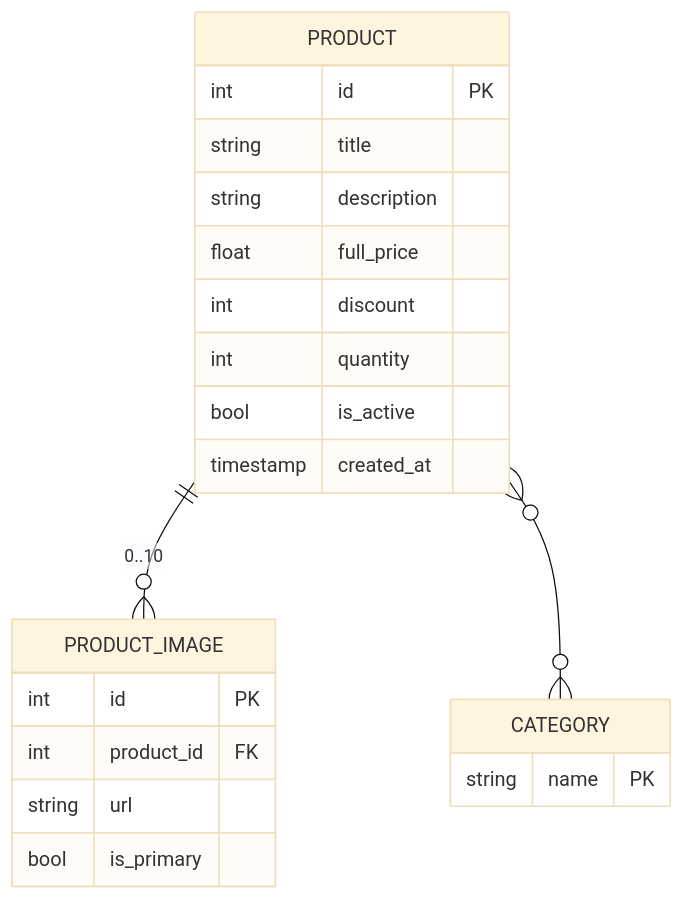
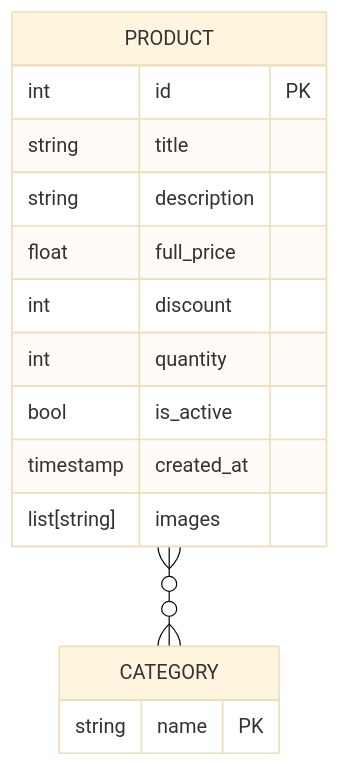
Before and after one commit to ivan-22-3-5/e-commerce: the diagram in er.md, drawn with Mermaid (base theme).

Commit message:
docs: update er to represent current product model

````diff
--- a/er.md
+++ b/er.md
@@ -1,27 +1,20 @@
 ```mermaid
 erDiagram
     PRODUCT {
         int id PK
         string title
         string description
         float full_price
         int discount
         int quantity
         bool is_active
         timestamp created_at
-    }
-
-    PRODUCT_IMAGE {
-        int id PK
-        int product_id FK
-        string url
-        bool is_primary
+        list[string] images
     }
     
     CATEGORY {
         string name PK
     }
 
-    PRODUCT ||--o{ PRODUCT_IMAGE: "0..10"
     PRODUCT }o--o{ CATEGORY: ""
 ```
````
